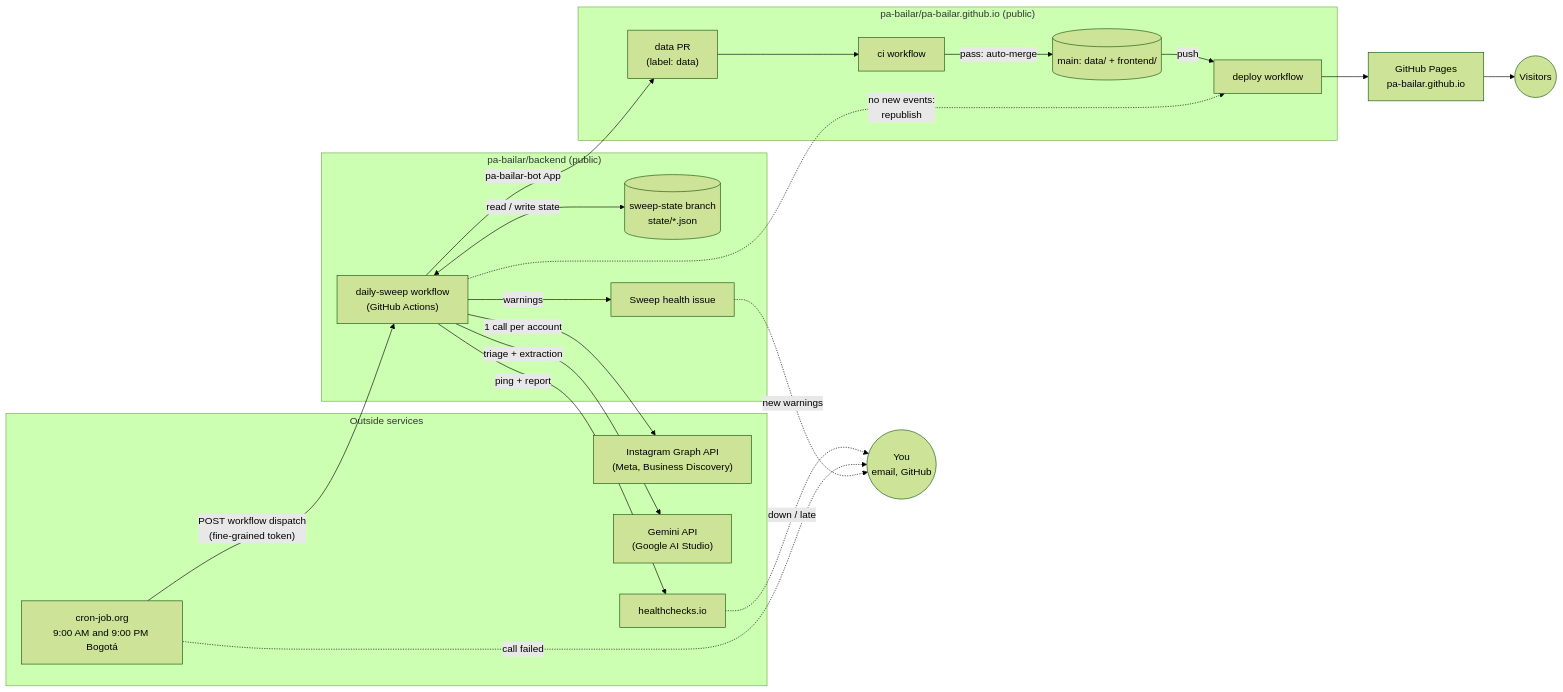
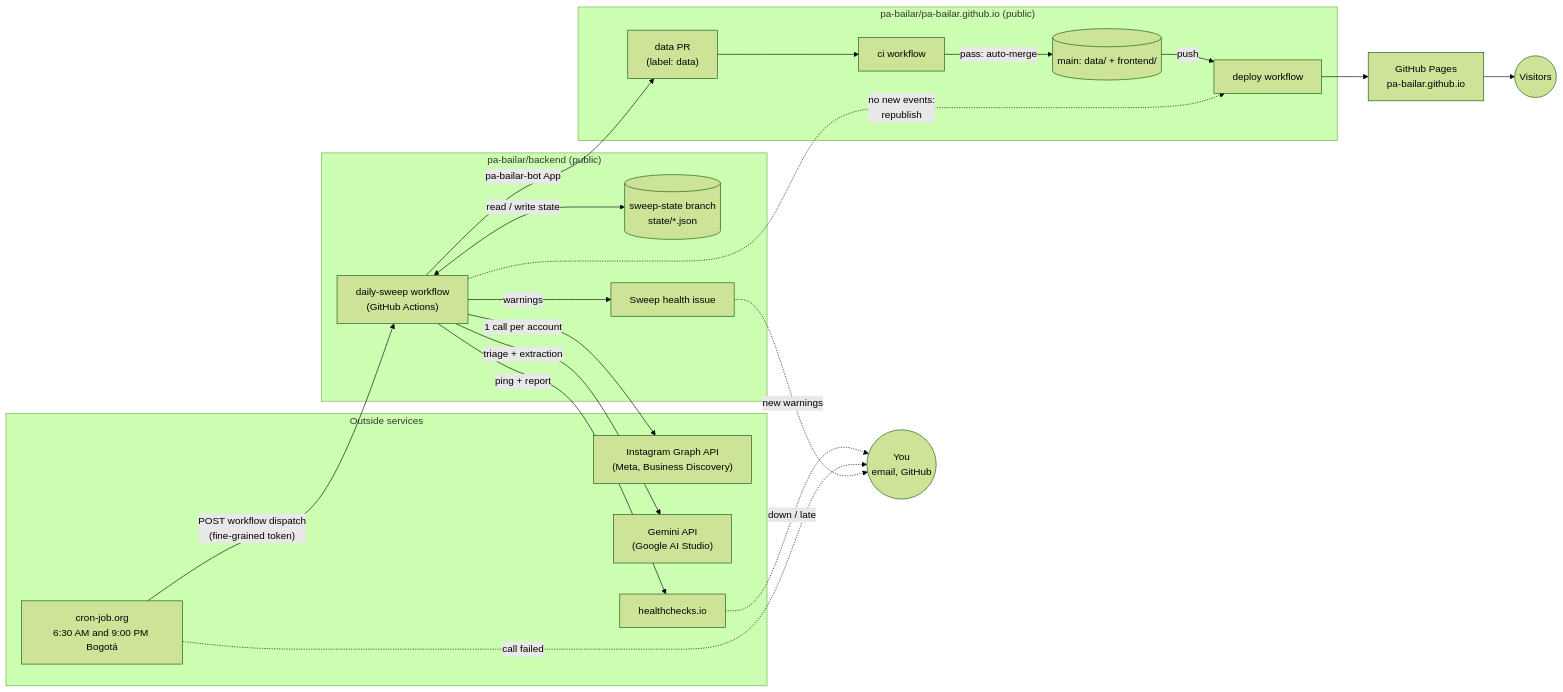
One commit to pa-bailar/backend changed the first of 12 diagrams in docs/ARCHITECTURE.md. Above: the diagram before and after it, drawn with Mermaid (forest theme). The commit also changed other lines of this file and 10 other files, not shown here.

````diff
--- a/docs/ARCHITECTURE.md
+++ b/docs/ARCHITECTURE.md
@@ -40,40 +40,40 @@
 ```mermaid
 flowchart LR
     subgraph Outside["Outside services"]
-        CJ["cron-job.org<br/>9:00 AM and 9:00 PM Bogotá"]
+        CJ["cron-job.org<br/>6:30 AM and 9:00 PM Bogotá"]
         IG["Instagram Graph API<br/>(Meta, Business Discovery)"]
         GM["Gemini API<br/>(Google AI Studio)"]
         HC["healthchecks.io"]
     end
 
     subgraph Backend["pa-bailar/backend (public)"]
         WF["daily-sweep workflow<br/>(GitHub Actions)"]
         SS[("sweep-state branch<br/>state/*.json")]
         ISS["Sweep health issue"]
     end
 
     subgraph Site["pa-bailar/pa-bailar.github.io (public)"]
         PR["data PR<br/>(label: data)"]
         CI["ci workflow"]
         MAIN[("main: data/ + frontend/")]
         DEP["deploy workflow"]
     end
 
     PAGES["GitHub Pages<br/>pa-bailar.github.io"]
     YOU(("You<br/>email, GitHub"))
     VIS(("Visitors"))
 
     CJ -- "POST workflow dispatch<br/>(fine-grained token)" --> WF
     WF -- "1 call per account" --> IG
     WF -- "triage + extraction" --> GM
     WF <-- "read / write state" --> SS
     WF -- "warnings" --> ISS
     WF -- "ping + report" --> HC
     WF -- "pa-bailar-bot App" --> PR
     PR --> CI -- "pass: auto-merge" --> MAIN
     MAIN -- "push" --> DEP --> PAGES --> VIS
     WF -. "no new events:<br/>republish" .-> DEP
     HC -. "down / late" .-> YOU
     CJ -. "call failed" .-> YOU
     ISS -. "new warnings" .-> YOU
 ```
````
